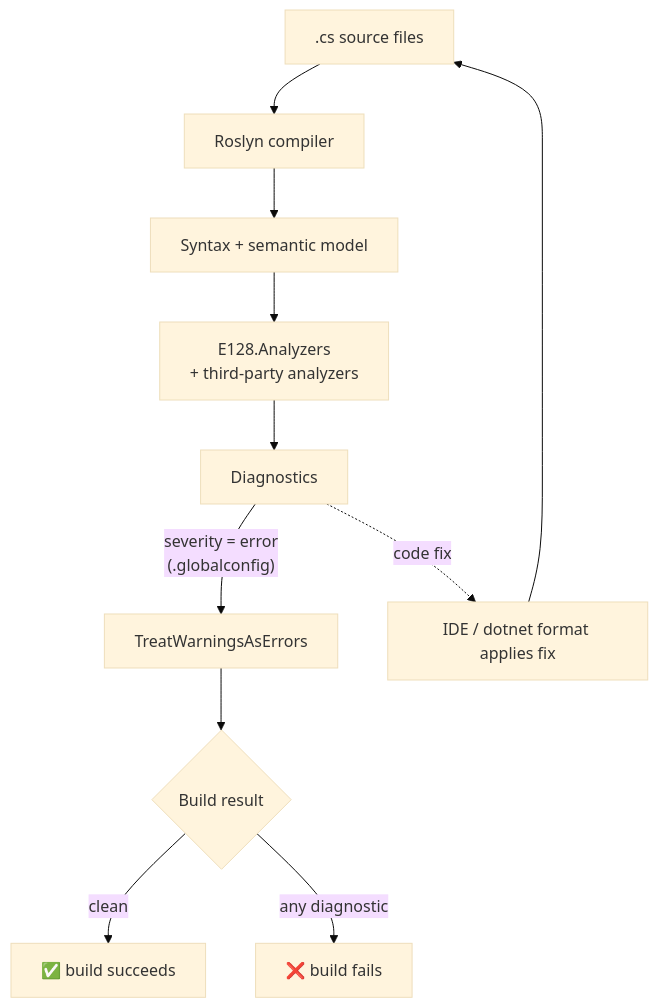
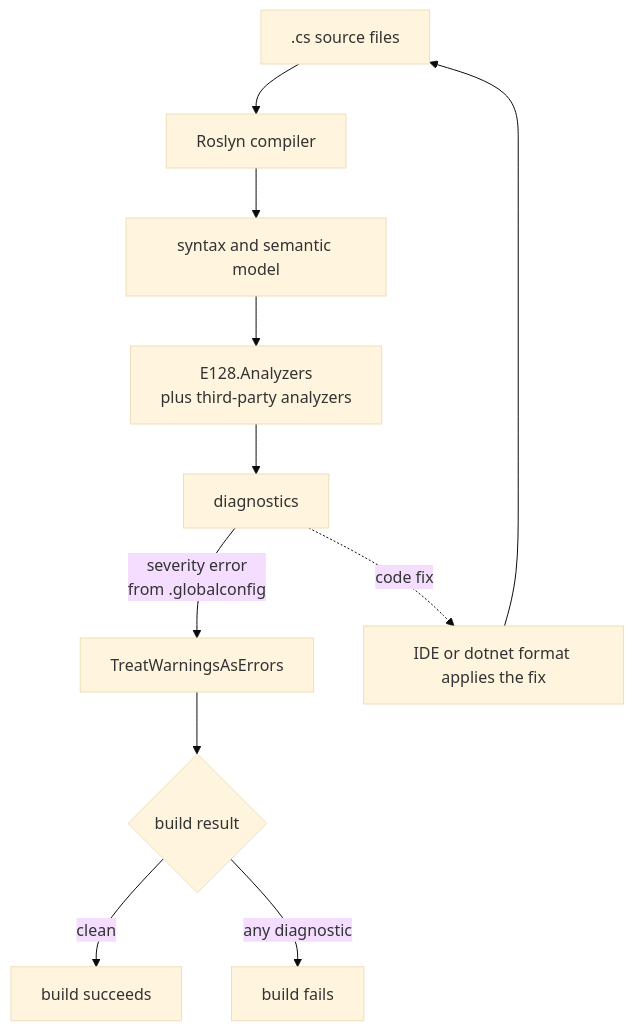
The second of 2 diagrams in docs/architecture/data-flow.md (e128/dotnet-reference), drawn with Mermaid (base theme) before and after one commit. The commit also changed other lines of this file and 20 other files, not shown here.

````diff
--- a/docs/architecture/data-flow.md
+++ b/docs/architecture/data-flow.md
@@ -38,13 +46,13 @@
 ```mermaid
 flowchart TD
   src[".cs source files"] --> roslyn["Roslyn compiler"]
-  roslyn --> syntax["Syntax + semantic model"]
-  syntax --> analyzers["E128.Analyzers<br/>+ third-party analyzers"]
-  analyzers --> diags["Diagnostics"]
-  diags -->|"severity = error<br/>(.globalconfig)"| twae["TreatWarningsAsErrors"]
-  twae --> result{Build result}
-  result -->|clean| pass["✅ build succeeds"]
-  result -->|any diagnostic| fail["❌ build fails"]
-  diags -. "code fix" .-> fix["IDE / dotnet format applies fix"]
+  roslyn --> syntax["syntax and semantic model"]
+  syntax --> analyzers["E128.Analyzers<br/>plus third-party analyzers"]
+  analyzers --> diags["diagnostics"]
+  diags -->|"severity error<br/>from .globalconfig"| twae["TreatWarningsAsErrors"]
+  twae --> result{build result}
+  result -->|clean| pass["build succeeds"]
+  result -->|any diagnostic| fail["build fails"]
+  diags -. "code fix" .-> fix["IDE or dotnet format applies the fix"]
   fix --> src
 ```
````
